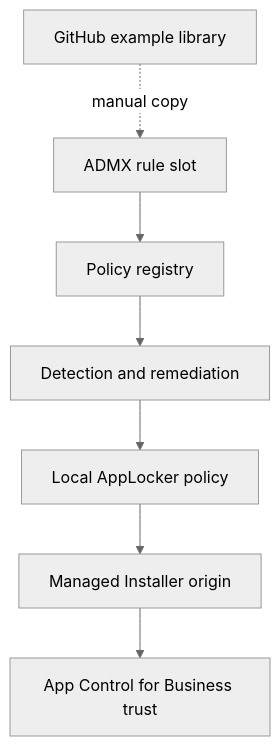
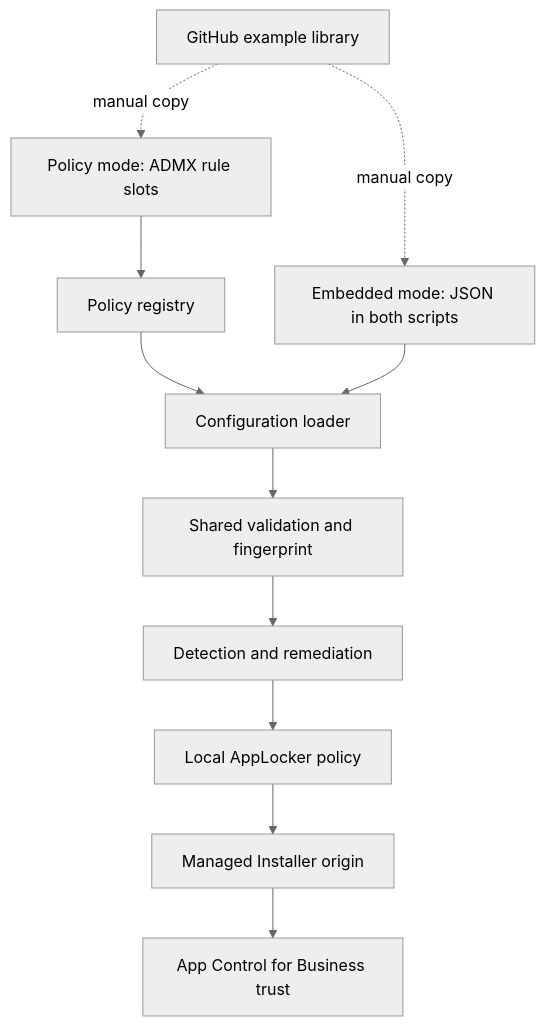
The diagram in docs/architecture.md (roryvossepoel/windows-managed-installer-toolkit), drawn with Mermaid (neutral theme) before and after one commit. The commit also changed other lines of this file, not shown here.

Commit message:
Document Embedded configuration mode in docs/architecture.md

````diff
--- a/docs/architecture.md
+++ b/docs/architecture.md
@@ -5,9 +5,13 @@
 ```mermaid
 flowchart TD
-    L[GitHub example library] -. manual copy .-> A[ADMX rule slot]
+    L[GitHub example library] -. manual copy .-> A[Policy mode: ADMX rule slots]
+    L -. manual copy .-> J[Embedded mode: JSON in both scripts]
     A --> B[Policy registry]
-    B --> C[Detection and remediation]
-    C --> D[Local AppLocker policy]
+    B --> C[Configuration loader]
+    J --> C
+    C --> G[Shared validation and fingerprint]
+    G --> H[Detection and remediation]
+    H --> D[Local AppLocker policy]
     D --> E[Managed Installer origin]
     E --> F[App Control for Business trust]
 ```
````
